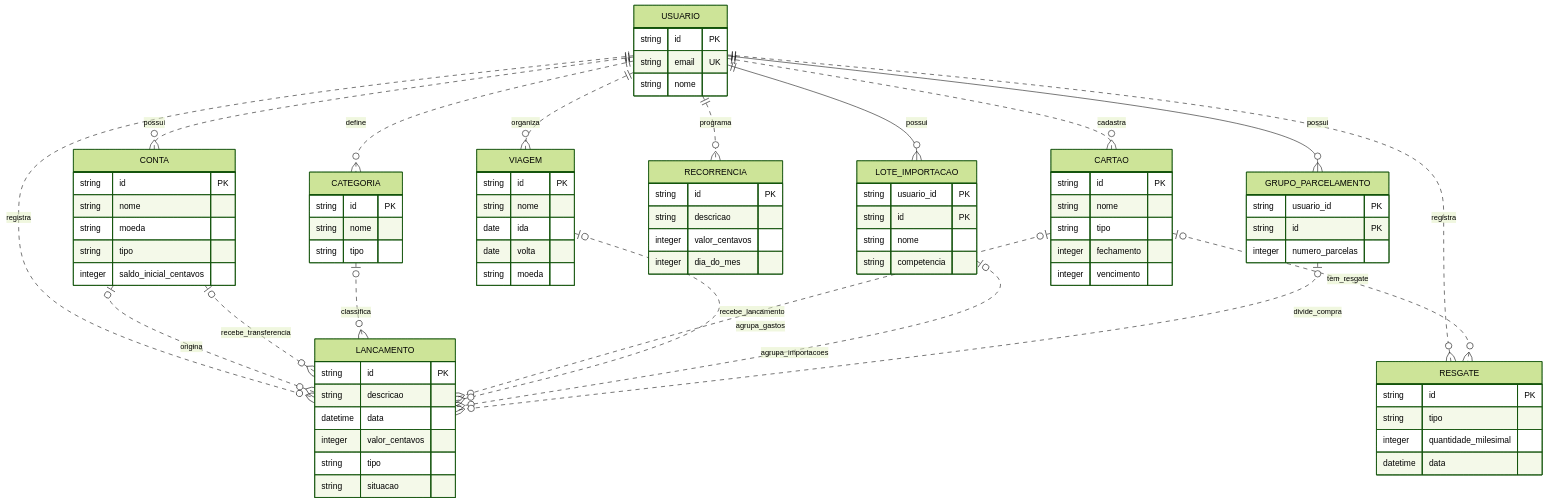
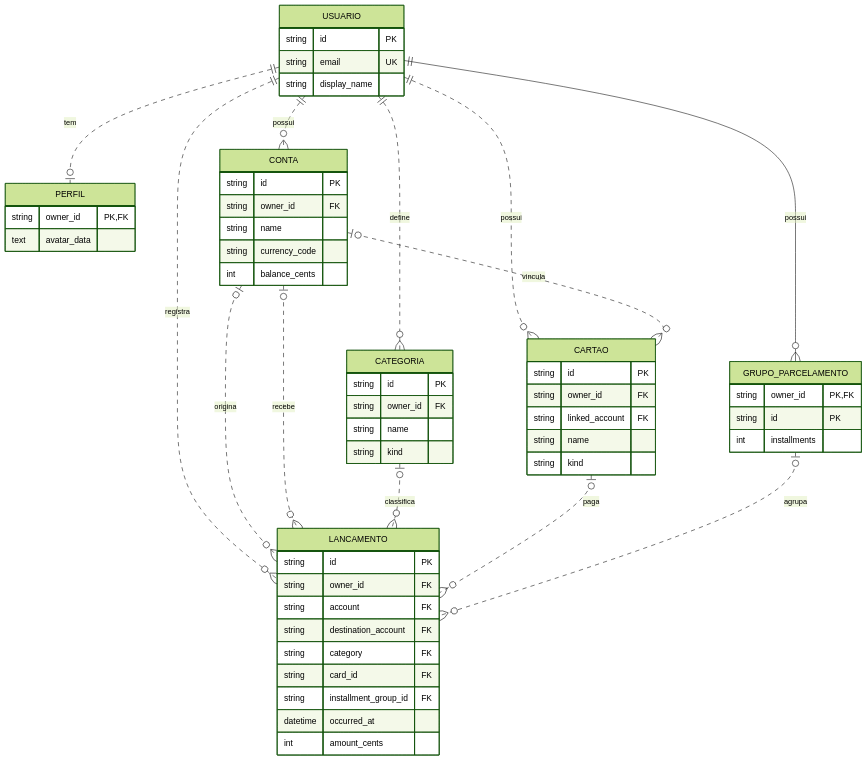
One commit to yanscholze/fluxo_aula changed the diagram in docs/modelagem.md. Above: the diagram before and after it, drawn with Mermaid (forest theme). The commit also changed other lines of this file and 39 other files, not shown here.

````diff
--- a/docs/modelagem.md
+++ b/docs/modelagem.md
@@ -9,82 +7,60 @@
 ```mermaid
 erDiagram
     USUARIO {
         string id PK
         string email UK
-        string nome
+        string display_name
+    }
+    PERFIL {
+        string owner_id PK, FK
+        text avatar_data
     }
     CONTA {
         string id PK
-        string nome
-        string moeda
-        string tipo
-        integer saldo_inicial_centavos
+        string owner_id FK
+        string name
+        string currency_code
+        int balance_cents
     }
     CATEGORIA {
         string id PK
-        string nome
-        string tipo
+        string owner_id FK
+        string name
+        string kind
+    }
+    CARTAO {
+        string id PK
+        string owner_id FK
+        string linked_account FK
+        string name
+        string kind
+    }
+    GRUPO_PARCELAMENTO {
+        string owner_id PK, FK
+        string id PK
+        int installments
     }
     LANCAMENTO {
         string id PK
-        string descricao
-        datetime data
-        integer valor_centavos
-        string tipo
-        string situacao
+        string owner_id FK
+        string account FK
+        string destination_account FK
+        string category FK
+        string card_id FK
+        string installment_group_id FK
+        datetime occurred_at
+        int amount_cents
     }
-    CARTAO {
-        string id PK
-        string nome
-        string tipo
-        integer fechamento
-        integer vencimento
-    }
-    VIAGEM {
-        string id PK
-        string nome
-        date ida
-        date volta
-        string moeda
-    }
-    RECORRENCIA {
-        string id PK
-        string descricao
-        integer valor_centavos
-        integer dia_do_mes
-    }
-    RESGATE {
-        string id PK
-        string tipo
-        integer quantidade_milesimal
-        datetime data
-    }
-    LOTE_IMPORTACAO {
-        string usuario_id PK
-        string id PK
-        string nome
-        string competencia
-    }
-    GRUPO_PARCELAMENTO {
-        string usuario_id PK
-        string id PK
-        integer numero_parcelas
-    }
+    USUARIO ||..o| PERFIL : tem
     USUARIO ||..o{ CONTA : possui
     USUARIO ||..o{ CATEGORIA : define
-    USUARIO ||..o{ CARTAO : cadastra
+    USUARIO ||..o{ CARTAO : possui
     USUARIO ||..o{ LANCAMENTO : registra
-    USUARIO ||..o{ VIAGEM : organiza
-    USUARIO ||..o{ RECORRENCIA : programa
-    USUARIO ||..o{ RESGATE : registra
-    USUARIO ||--o{ LOTE_IMPORTACAO : possui
     USUARIO ||--o{ GRUPO_PARCELAMENTO : possui
+    CONTA |o..o{ CARTAO : vincula
     CONTA |o..o{ LANCAMENTO : origina
-    CONTA |o..o{ LANCAMENTO : recebe_transferencia
+    CONTA |o..o{ LANCAMENTO : recebe
     CATEGORIA |o..o{ LANCAMENTO : classifica
-    CARTAO |o..o{ LANCAMENTO : recebe_lancamento
-    VIAGEM |o..o{ LANCAMENTO : agrupa_gastos
-    CARTAO |o..o{ RESGATE : tem_resgate
-    LOTE_IMPORTACAO |o..o{ LANCAMENTO : agrupa_importacoes
-    GRUPO_PARCELAMENTO |o..o{ LANCAMENTO : divide_compra
+    CARTAO |o..o{ LANCAMENTO : paga
+    GRUPO_PARCELAMENTO |o..o{ LANCAMENTO : agrupa
 ```
````
